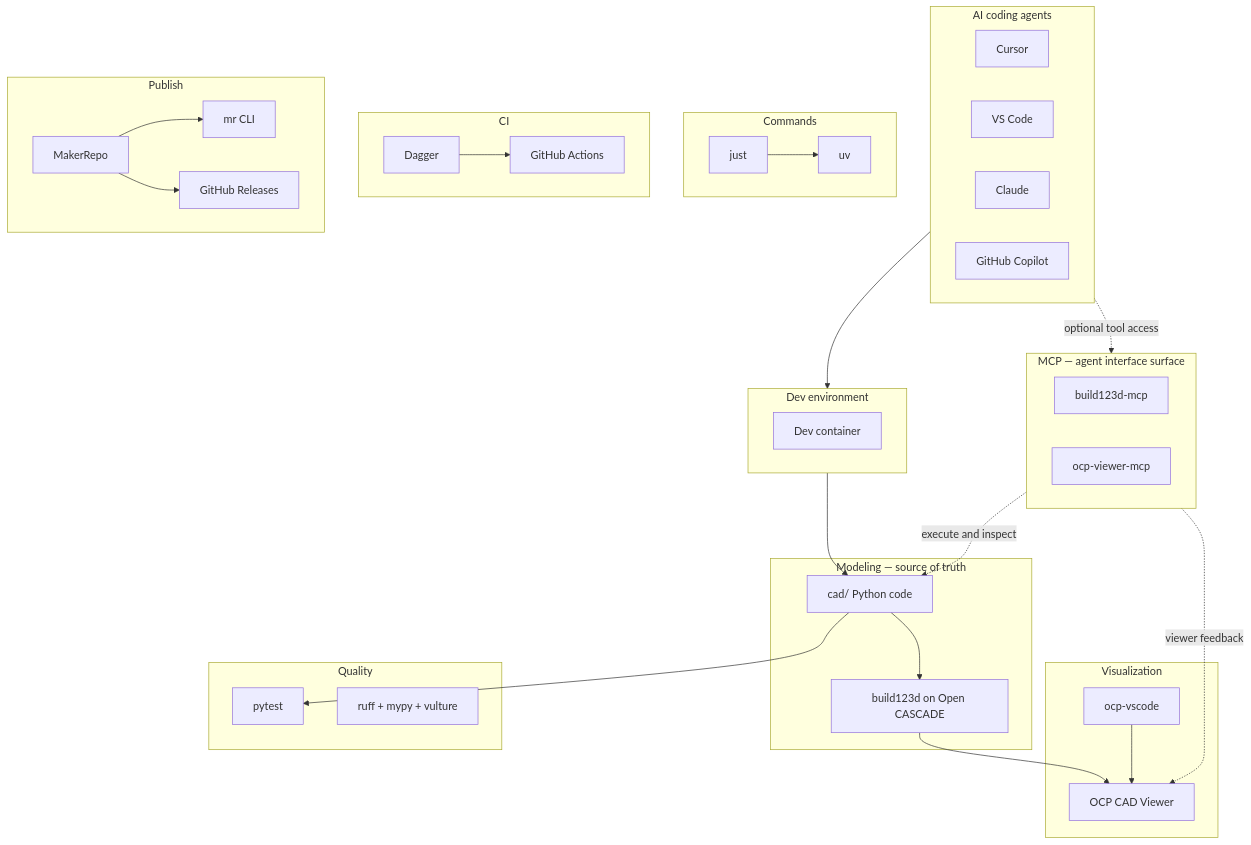
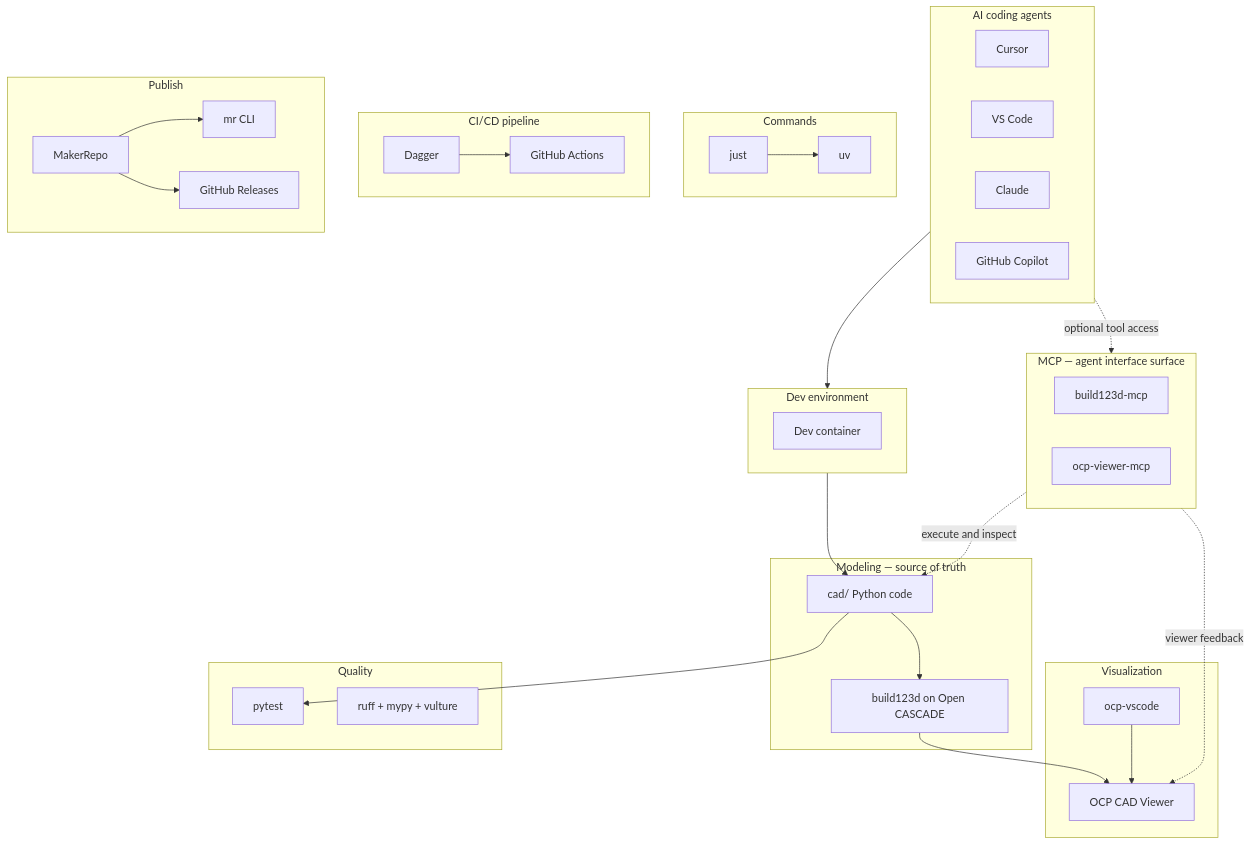
The diagram in website/docs/intro.md (Coffee2Bits/CAD-as-Code-Template), drawn with Mermaid before and after one commit. The commit also changed other lines of this file and 4 other files, not shown here.

````diff
--- a/website/docs/intro.md
+++ b/website/docs/intro.md
@@ -32,63 +32,63 @@
 ```mermaid
 flowchart TB
   subgraph agents["AI coding agents"]
     CURSOR["Cursor"]
     VSCODE["VS Code"]
     CLAUDE["Claude"]
     COPILOT["GitHub Copilot"]
   end
 
   subgraph ide["Dev environment"]
     DC["Dev container"]
   end
 
   subgraph mcp["MCP — agent interface surface"]
     B123MCP["build123d-mcp"]
     OCPMCP["ocp-viewer-mcp"]
   end
 
   subgraph model["Modeling — source of truth"]
     CAD_SRC["cad/ Python code"]
     B123D["build123d on Open CASCADE"]
   end
 
   subgraph viz["Visualization"]
     OCP["OCP CAD Viewer"]
     BRIDGE["ocp-vscode"]
   end
 
   subgraph quality["Quality"]
     PYTEST["pytest"]
     RUFF["ruff + mypy + vulture"]
   end
 
   subgraph make["Commands"]
     JUST["just"]
     UV["uv"]
   end
 
-  subgraph ci["CI"]
+  subgraph ci["CI/CD pipeline"]
     DAGGER["Dagger"]
     GHA["GitHub Actions"]
   end
 
   subgraph publish["Publish"]
     MR["MakerRepo"]
     MRCLI["mr CLI"]
     REL["GitHub Releases"]
   end
 
   agents --> ide
   agents -.->|"optional tool access"| mcp
   ide --> CAD_SRC
   mcp -.->|"execute and inspect"| CAD_SRC
   mcp -.->|"viewer feedback"| OCP
   CAD_SRC --> B123D
   B123D --> OCP
   BRIDGE --> OCP
   CAD_SRC --> PYTEST
   JUST --> UV
   DAGGER --> GHA
   MR --> MRCLI
   MR --> REL
 ```
````
